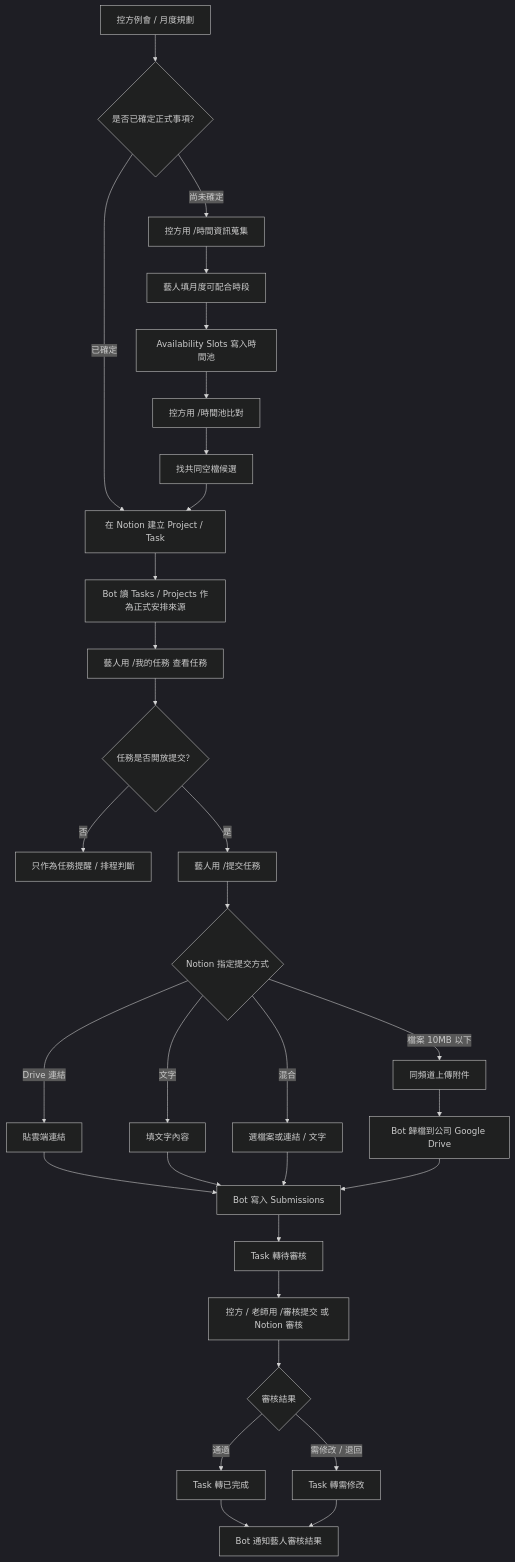
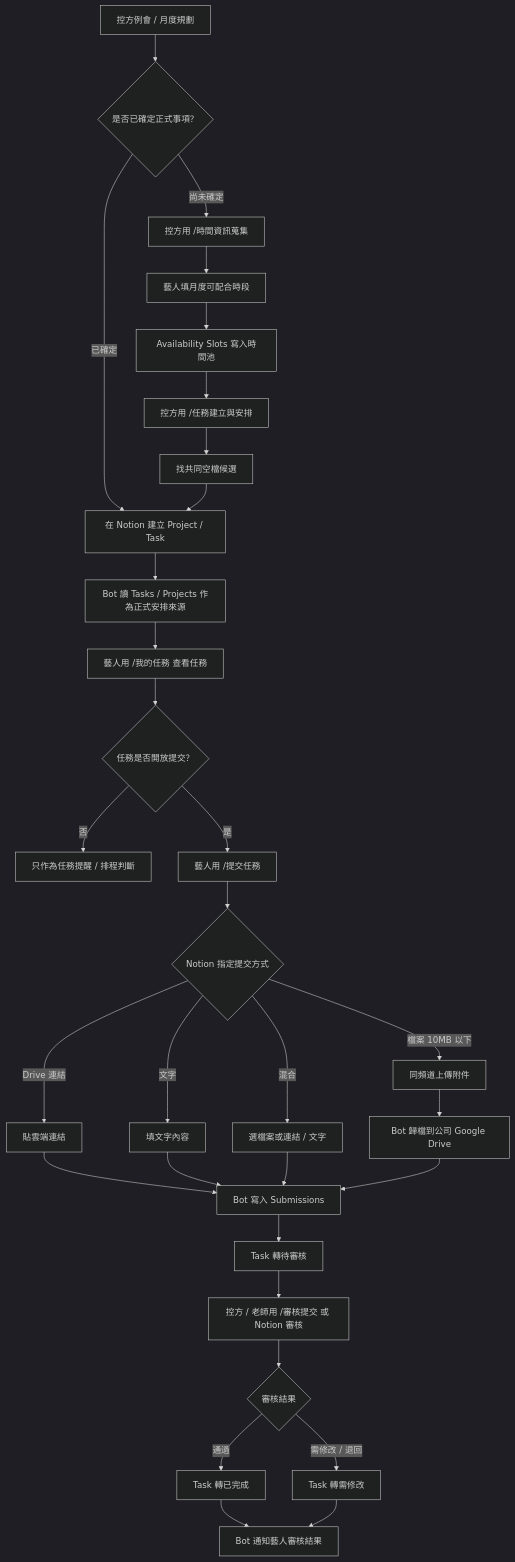
The first of 3 diagrams in FLOWCHART.md (johnnysun0621/kari-kari-ai-ops), drawn with Mermaid (dark theme) before and after one commit. The commit also changed other lines of this file and 20 other files, not shown here.

````diff
--- a/FLOWCHART.md
+++ b/FLOWCHART.md
@@ -8,37 +8,37 @@
 ```mermaid
 flowchart TD
     A["控方例會 / 月度規劃"] --> B{"是否已確定正式事項？"}
 
     B -->|已確定| C["在 Notion 建立 Project / Task"]
     C --> D["Bot 讀 Tasks / Projects 作為正式安排來源"]
     D --> E["藝人用 /我的任務 查看任務"]
     E --> F{"任務是否開放提交？"}
     F -->|否| G["只作為任務提醒 / 排程判斷"]
     F -->|是| H["藝人用 /提交任務"]
 
     H --> I{"Notion 指定提交方式"}
     I -->|檔案 10MB 以下| J["同頻道上傳附件"]
     I -->|Drive 連結| K["貼雲端連結"]
     I -->|文字| L["填文字內容"]
     I -->|混合| M["選檔案或連結 / 文字"]
 
     J --> N["Bot 歸檔到公司 Google Drive"]
     K --> O["Bot 寫入 Submissions"]
     L --> O
     M --> O
     N --> O
     O --> P["Task 轉待審核"]
     P --> Q["控方 / 老師用 /審核提交 或 Notion 審核"]
     Q --> R{"審核結果"}
     R -->|通過| S["Task 轉已完成"]
     R -->|需修改 / 退回| T["Task 轉需修改"]
     S --> U["Bot 通知藝人審核結果"]
     T --> U
 
     B -->|尚未確定| V["控方用 /時間資訊蒐集"]
     V --> W["藝人填月度可配合時段"]
     W --> X["Availability Slots 寫入時間池"]
-    X --> Y["控方用 /時間池比對"]
+    X --> Y["控方用 /任務建立與安排"]
     Y --> Z["找共同空檔候選"]
     Z --> C
 ```
````
